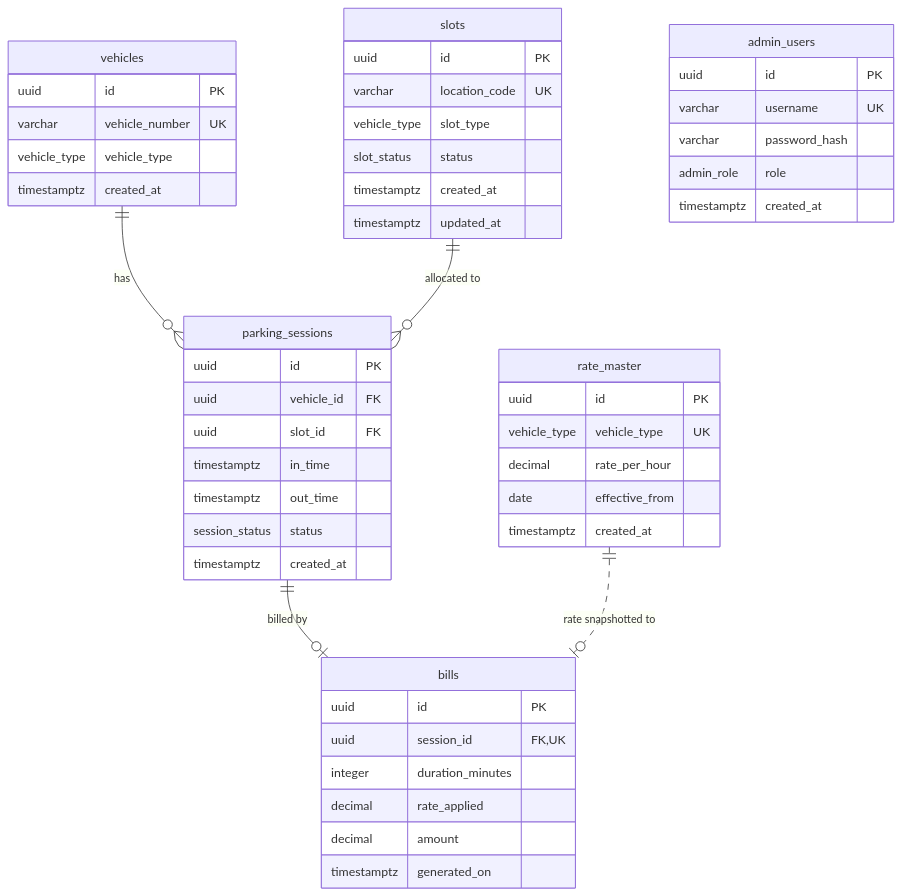
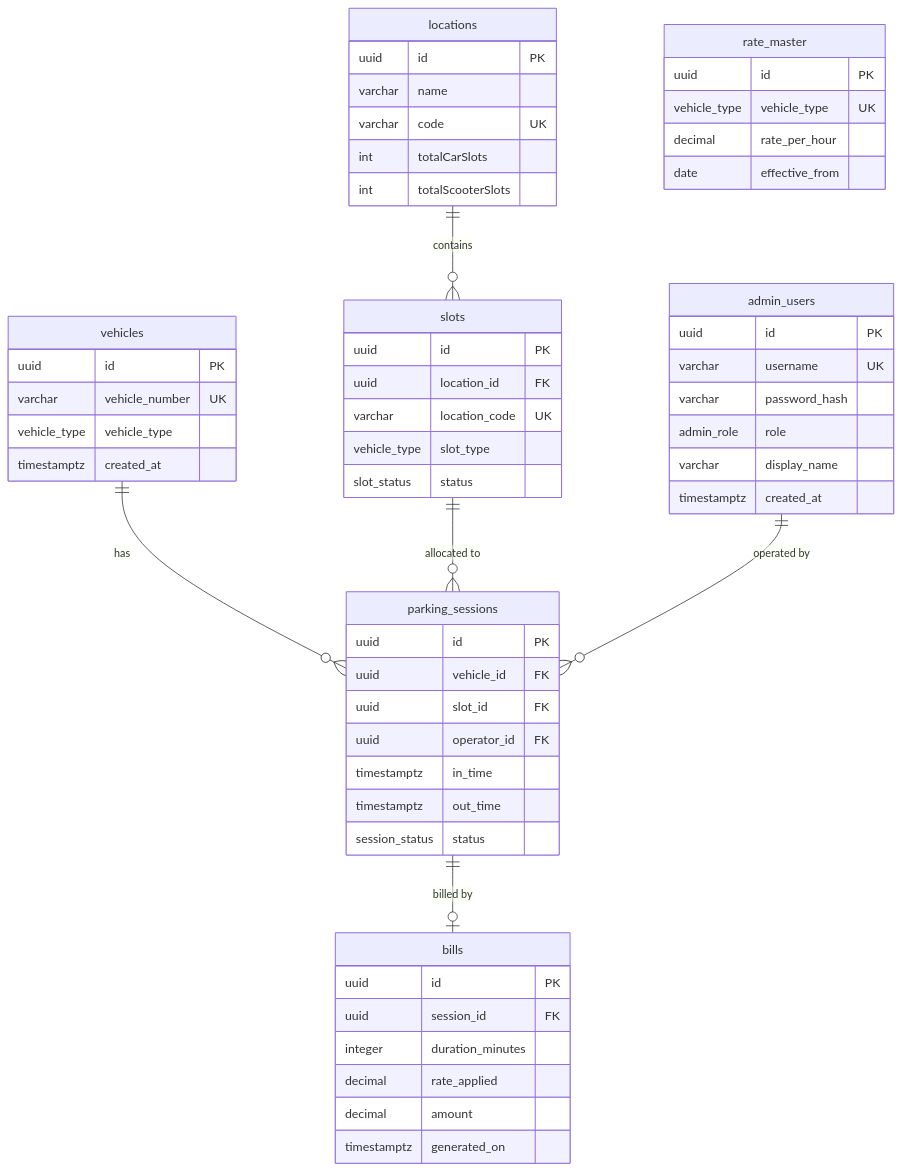
The second of 2 diagrams in README.md (pranavk-7117/SmartParking), drawn with Mermaid before and after one commit. The commit also changed other lines of this file, not shown here.

Commit message:
docs: rewrite README to reflect full monorepo (backend API, admin dashboard, operator Android app)

````diff
--- a/README.md
+++ b/README.md
@@ -49,57 +197,66 @@
 ```mermaid
 erDiagram
-    vehicles ||--o{ parking_sessions : "has"
-    slots ||--o{ parking_sessions : "allocated to"
-    parking_sessions ||--o| bills : "billed by"
-    rate_master ||..o| bills : "rate snapshotted to"
     admin_users {
         uuid id PK
         varchar username UK
         varchar password_hash
         admin_role role
+        varchar display_name
         timestamptz created_at
+    }
+
+    locations {
+        uuid id PK
+        varchar name
+        varchar code UK
+        int totalCarSlots
+        int totalScooterSlots
     }
 
     vehicles {
         uuid id PK
         varchar vehicle_number UK
         vehicle_type vehicle_type
         timestamptz created_at
     }
 
     slots {
         uuid id PK
+        uuid location_id FK
         varchar location_code UK
         vehicle_type slot_type
         slot_status status
-        timestamptz created_at
-        timestamptz updated_at
     }
 
     rate_master {
         uuid id PK
         vehicle_type vehicle_type UK
         decimal rate_per_hour
         date effective_from
-        timestamptz created_at
     }
 
     parking_sessions {
         uuid id PK
         uuid vehicle_id FK
         uuid slot_id FK
+        uuid operator_id FK
         timestamptz in_time
         timestamptz out_time
         session_status status
-        timestamptz created_at
     }
 
     bills {
         uuid id PK
-        uuid session_id FK,UK
+        uuid session_id FK
         integer duration_minutes
         decimal rate_applied
         decimal amount
         timestamptz generated_on
     }
+
+    vehicles ||--o{ parking_sessions : "has"
+    slots ||--o{ parking_sessions : "allocated to"
+    parking_sessions ||--o| bills : "billed by"
+    locations ||--o{ slots : "contains"
+    admin_users ||--o{ parking_sessions : "operated by"
 ```
````
